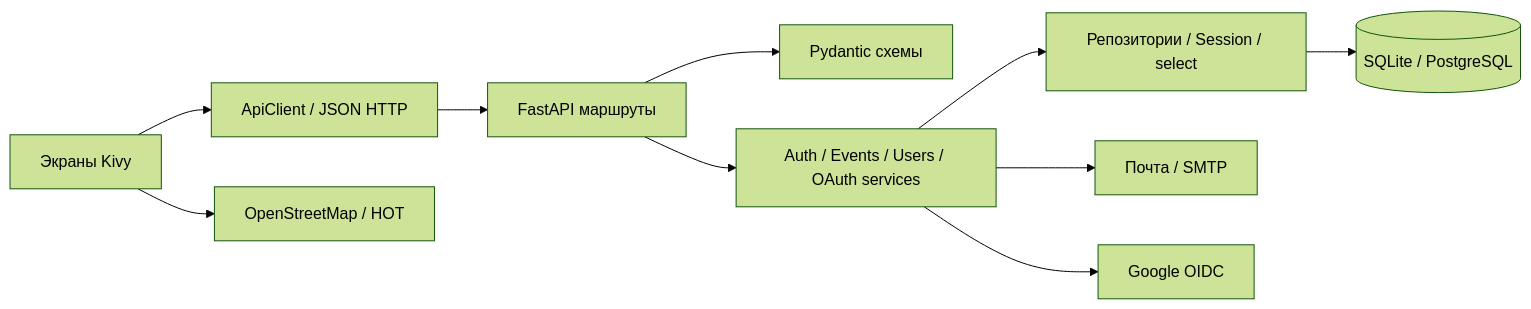
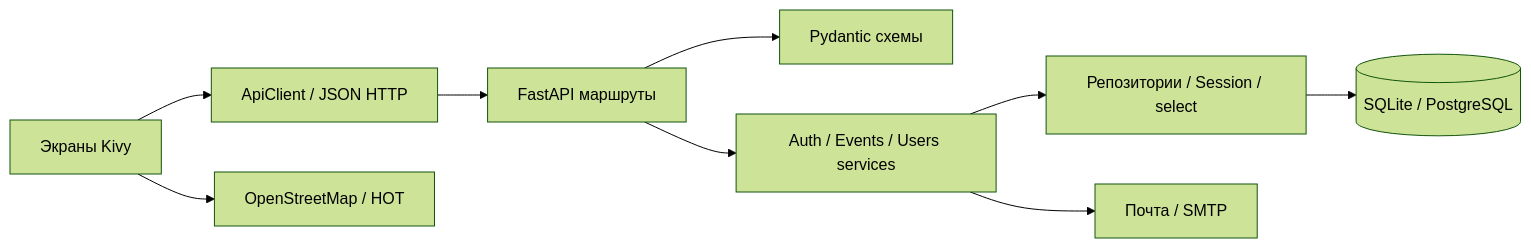
Before and after one commit to dhdhsbdbd132-sys/ssdsad: the first of 2 diagrams in docs/ARCHITECTURE.md, drawn with Mermaid (forest theme). The commit also changed other lines of this file and 35 other files, not shown here.

````diff
--- a/docs/ARCHITECTURE.md
+++ b/docs/ARCHITECTURE.md
@@ -5,12 +5,11 @@
 ```mermaid
 flowchart LR
     UI[Экраны Kivy] --> HTTP[ApiClient / JSON HTTP]
     HTTP --> Routes[FastAPI маршруты]
     Routes --> Schemas[Pydantic схемы]
-    Routes --> Services[Auth / Events / Users / OAuth services]
+    Routes --> Services[Auth / Events / Users services]
     Services --> Repos[Репозитории / Session / select]
     Repos --> DB[(SQLite / PostgreSQL)]
     Services --> Mail[Почта / SMTP]
-    Services --> OIDC[Google OIDC]
     UI --> Map[OpenStreetMap / HOT]
 ```
````
